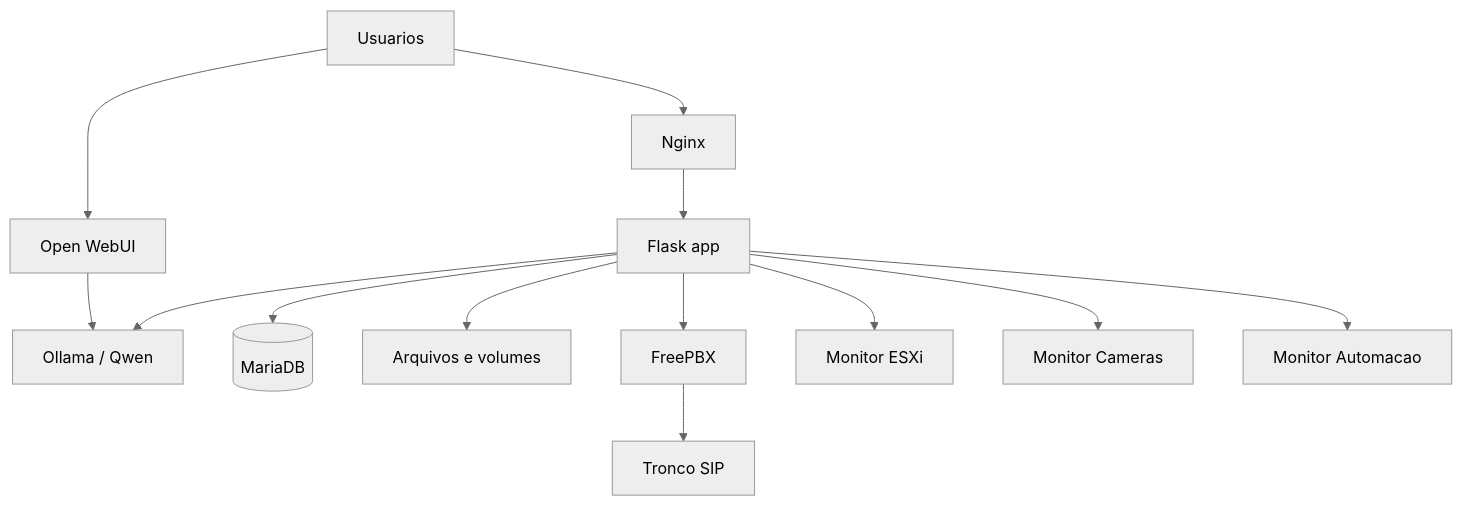
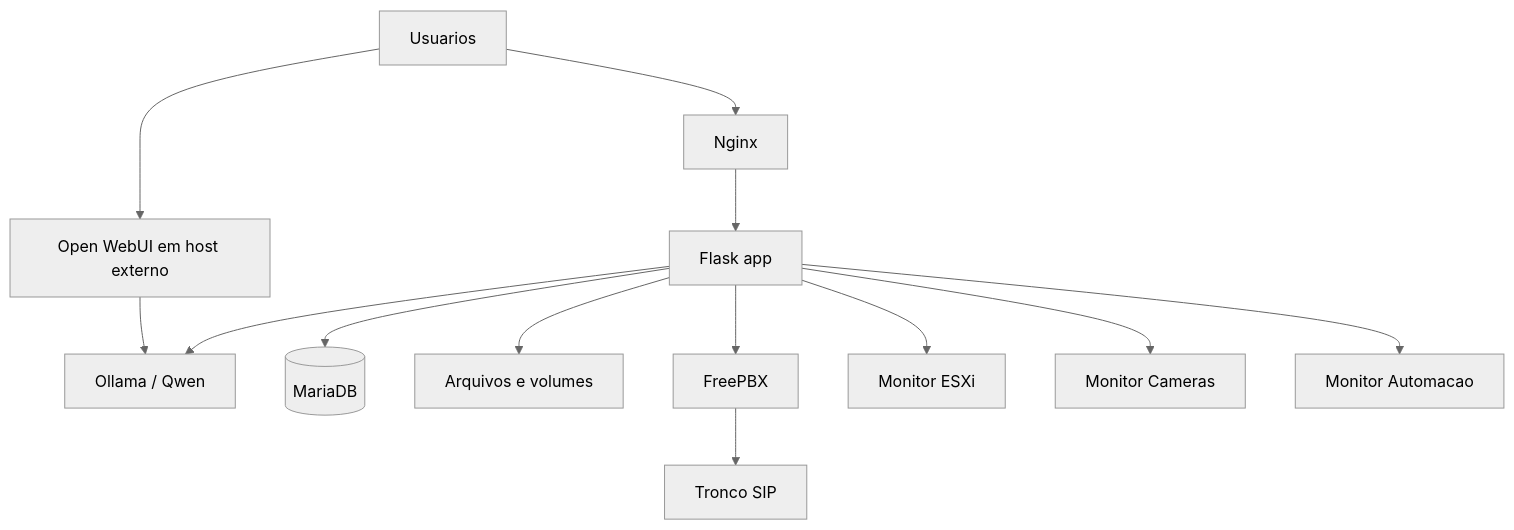
One commit to renansc/NanotechSoft changed the first of 26 diagrams in apps/riob/source/docs/DIAGRAMAS_E_PROCESSOS.md. Above: the diagram before and after it, drawn with Mermaid (neutral theme). The commit also changed other lines of this file and 25 other files, not shown here.

````diff
--- a/apps/riob/source/docs/DIAGRAMAS_E_PROCESSOS.md
+++ b/apps/riob/source/docs/DIAGRAMAS_E_PROCESSOS.md
@@ -15,15 +15,15 @@
 ```mermaid
 flowchart TB
     U[Usuarios] --> N[Nginx]
     N --> APP[Flask app]
-    U --> WEBUI[Open WebUI]
+    U --> WEBUI[Open WebUI em host externo]
     WEBUI --> OLLAMA[Ollama / Qwen]
     APP --> OLLAMA
     APP --> DB[(MariaDB)]
     APP --> FS[Arquivos e volumes]
     APP --> PBX[FreePBX]
     APP --> ESXI[Monitor ESXi]
     APP --> CAM[Monitor Cameras]
     APP --> AUTO[Monitor Automacao]
     PBX --> TRUNK[Tronco SIP]
 ```
````
